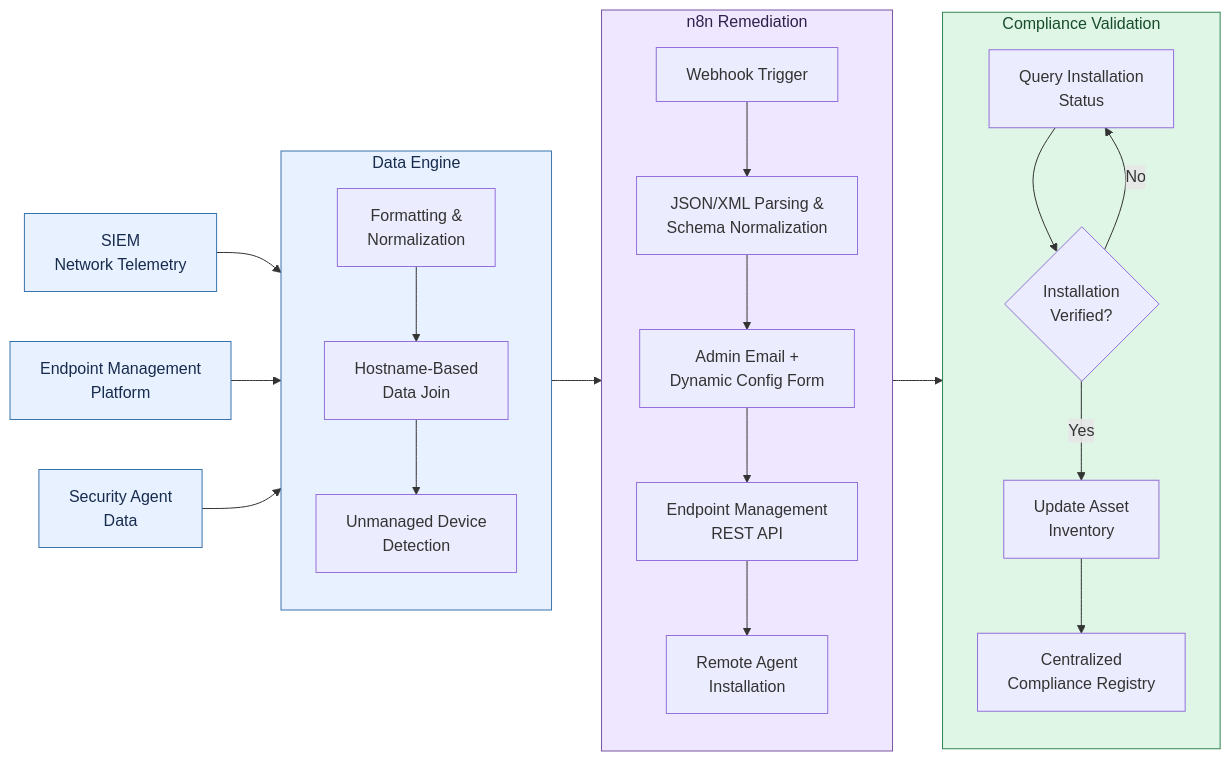
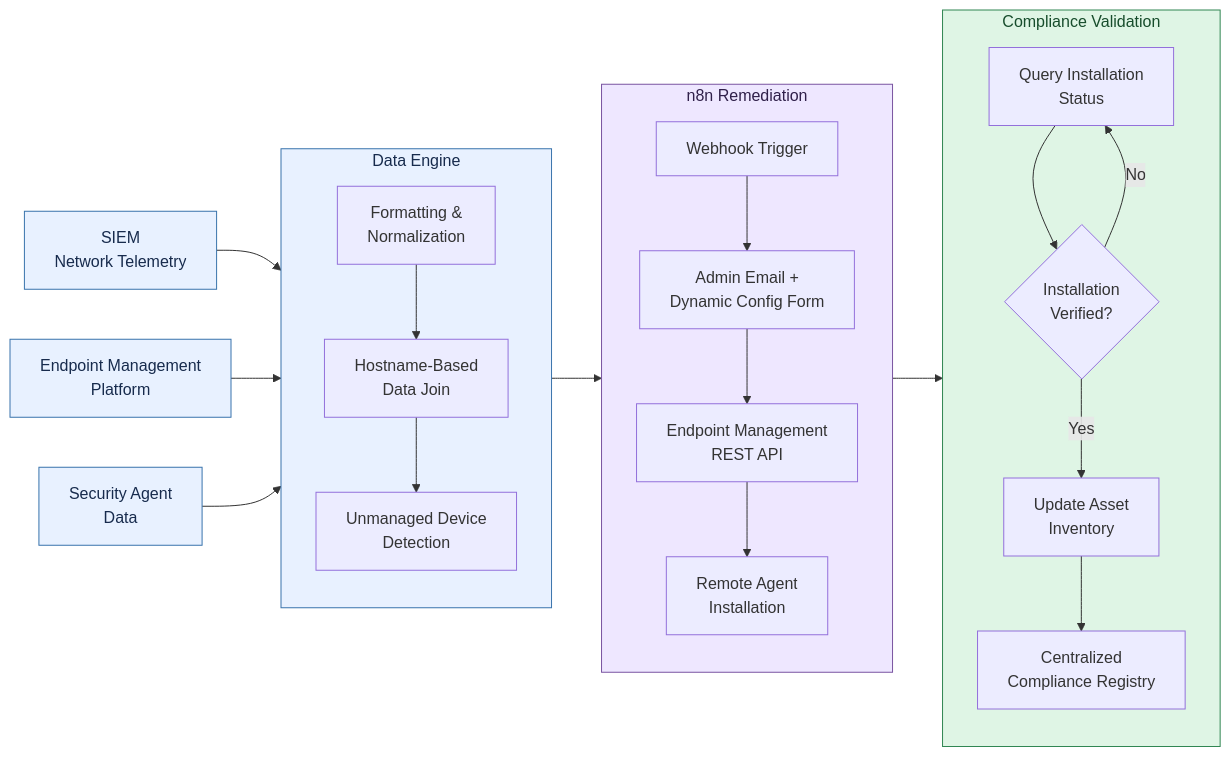
The first of 3 diagrams in README.md (KaziHossain15/C2C-Pipeline), drawn with Mermaid before and after one commit.

Commit message:
Revise n8n Remediation flow in README
Updated the flow in the n8n Remediation section of the README.

````diff
--- a/README.md
+++ b/README.md
@@ -20,35 +20,35 @@
 ```mermaid
 flowchart LR
     S1["SIEM<br/>Network Telemetry"]
     S2["Endpoint Management<br/>Platform"]
     S3["Security Agent<br/>Data"]
 
     subgraph DE["Data Engine"]
         direction TB
         D1["Formatting &<br/>Normalization"] --> D2["Hostname-Based<br/>Data Join"] --> D3["Unmanaged Device<br/>Detection"]
     end
 
     subgraph RM["n8n Remediation"]
         direction TB
-        N1["Webhook Trigger"] --> N2["JSON/XML Parsing &<br/>Schema Normalization"] --> N3["Admin Email +<br/>Dynamic Config Form"] --> N4["Endpoint Management<br/>REST API"] --> N5["Remote Agent<br/>Installation"]
+        N1["Webhook Trigger"] --> N2["Admin Email +<br/>Dynamic Config Form"] --> N3["Endpoint Management<br/>REST API"] --> N4["Remote Agent<br/>Installation"]
     end
 
     subgraph CV["Compliance Validation"]
         direction TB
         V1["Query Installation<br/>Status"] --> V2{"Installation<br/>Verified?"}
         V2 -->|No| V1
         V2 -->|Yes| V3["Update Asset<br/>Inventory"] --> V4["Centralized<br/>Compliance Registry"]
     end
 
     S1 --> DE
     S2 --> DE
     S3 --> DE
     DE --> RM --> CV
 
     classDef source fill:#e8f1ff,stroke:#3973ac,color:#172b4d
     class S1,S2,S3 source
 
     style DE fill:#e8f1ff,stroke:#3973ac,color:#172b4d
     style RM fill:#eee7ff,stroke:#7954a1,color:#30204a
     style CV fill:#dff5e5,stroke:#318653,color:#174d2c
 ```
````
